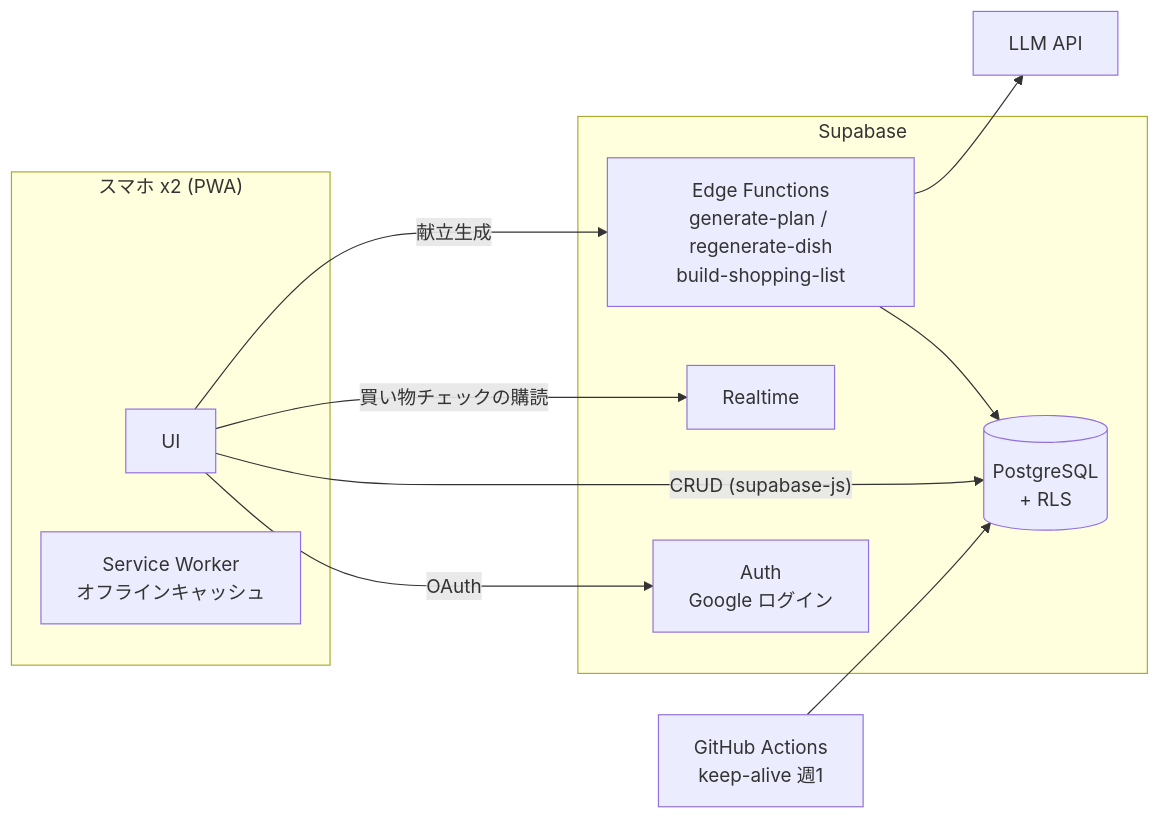
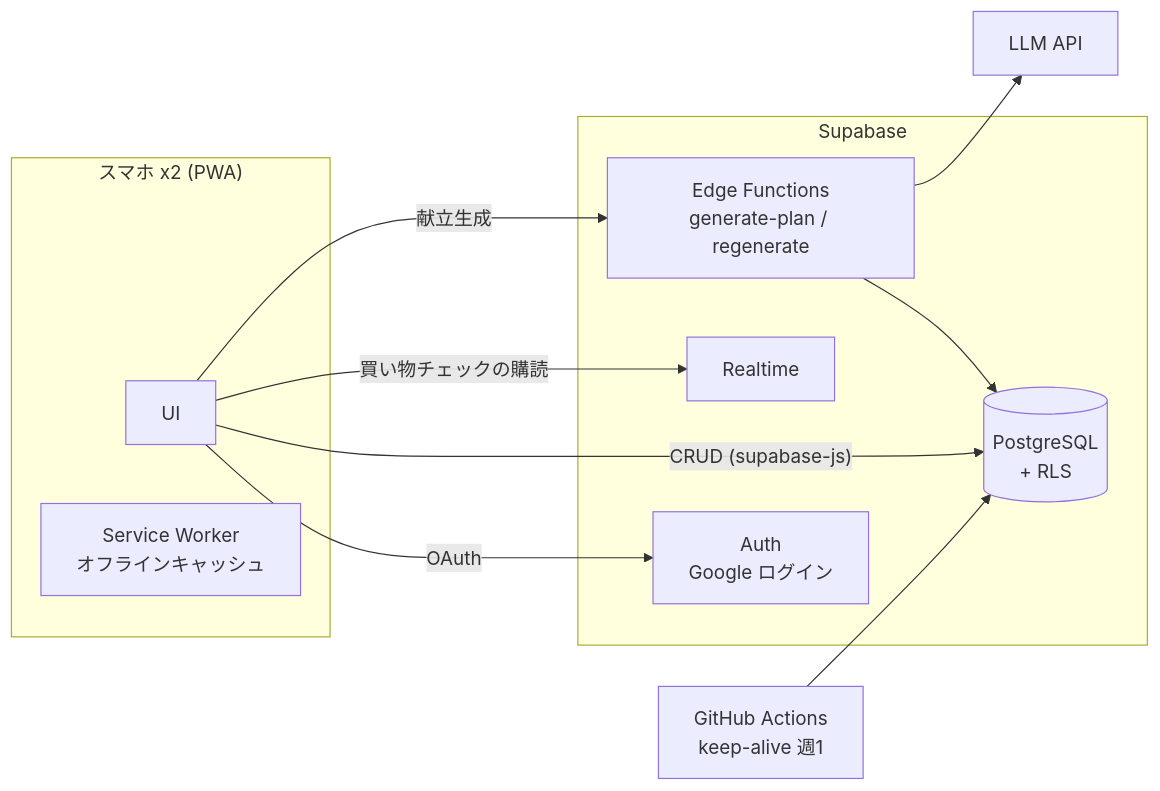
The first of 5 diagrams in docs/02_design.md (koshio123/kondate-app), drawn with Mermaid before and after one commit. The commit also changed other lines of this file and 16 other files, not shown here.

Commit message:
Add shopping list (S6): build from confirmed plan, per-section list, shared checks, offline support

````diff
--- a/docs/02_design.md
+++ b/docs/02_design.md
@@ -14,25 +14,25 @@
 ```mermaid
 flowchart LR
   subgraph Phone["スマホ x2 (PWA)"]
     UI[UI]
     SW[Service Worker<br/>オフラインキャッシュ]
   end
 
   subgraph Supabase
     Auth[Auth<br/>Google ログイン]
     DB[(PostgreSQL<br/>+ RLS)]
     RT[Realtime]
-    EF[Edge Functions<br/>generate-plan / regenerate-dish<br/>build-shopping-list]
+    EF[Edge Functions<br/>generate-plan / regenerate]
   end
 
   LLM[LLM API]
   GH[GitHub Actions<br/>keep-alive 週1]
 
   UI -- OAuth --> Auth
   UI -- CRUD (supabase-js) --> DB
   UI -- 買い物チェックの購読 --> RT
   UI -- 献立生成 --> EF
   EF --> DB
   EF --> LLM
   GH --> DB
 ```
````
